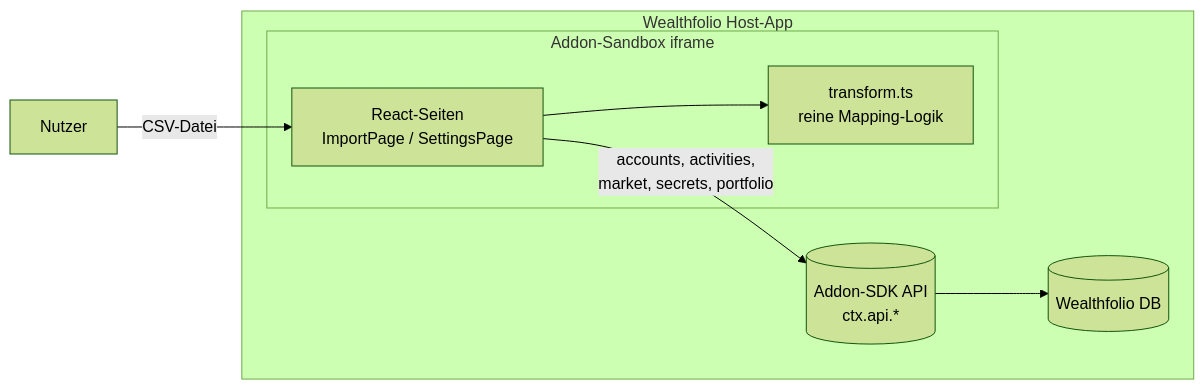
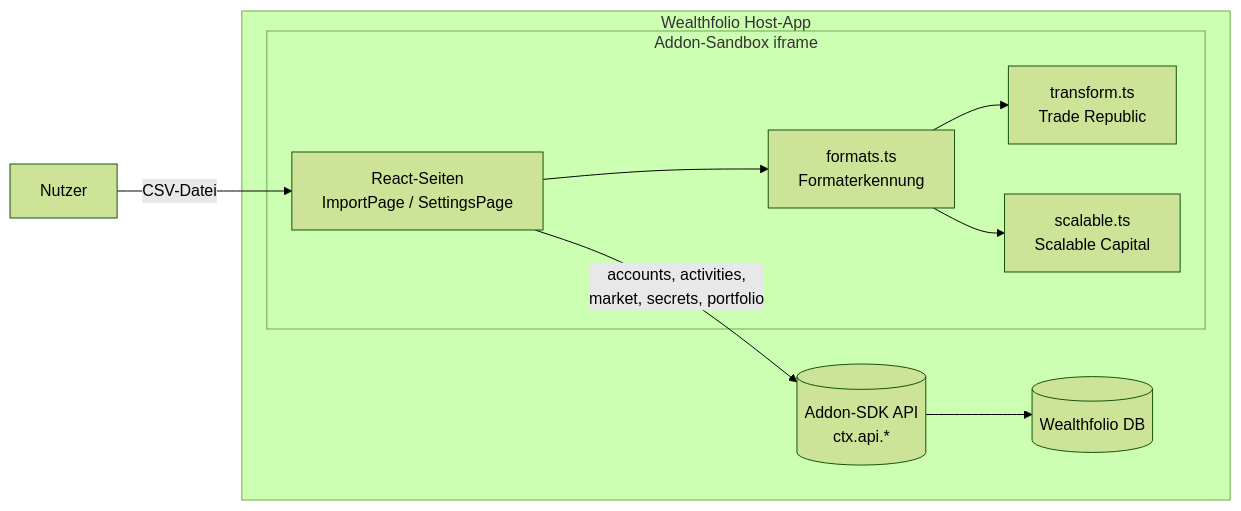
Before and after one commit to waldonso2/wealthfolio-importer-addon: the first of 6 diagrams in docs/ARCHITECTURE.md, drawn with Mermaid (forest theme). The commit also changed other lines of this file and 9 other files, not shown here.

First line of the commit message:
feat: update hint for new GitHub releases + architecture doc update (#7)

````diff
--- a/docs/ARCHITECTURE.md
+++ b/docs/ARCHITECTURE.md
@@ -20,15 +23,19 @@
 ```mermaid
 flowchart LR
     U[Nutzer] -->|CSV-Datei| UI
     subgraph WF[Wealthfolio Host-App]
       subgraph SB[Addon-Sandbox iframe]
         UI[React-Seiten<br/>ImportPage / SettingsPage]
-        T[transform.ts<br/>reine Mapping-Logik]
-        UI --> T
+        F[formats.ts<br/>Formaterkennung]
+        T[transform.ts<br/>Trade Republic]
+        SC[scalable.ts<br/>Scalable Capital]
+        UI --> F
+        F --> T
+        F --> SC
       end
       API[(Addon-SDK API<br/>ctx.api.*)]
       DB[(Wealthfolio DB)]
       UI -->|accounts, activities,<br/>market, secrets, portfolio| API
       API --> DB
     end
 ```
````
